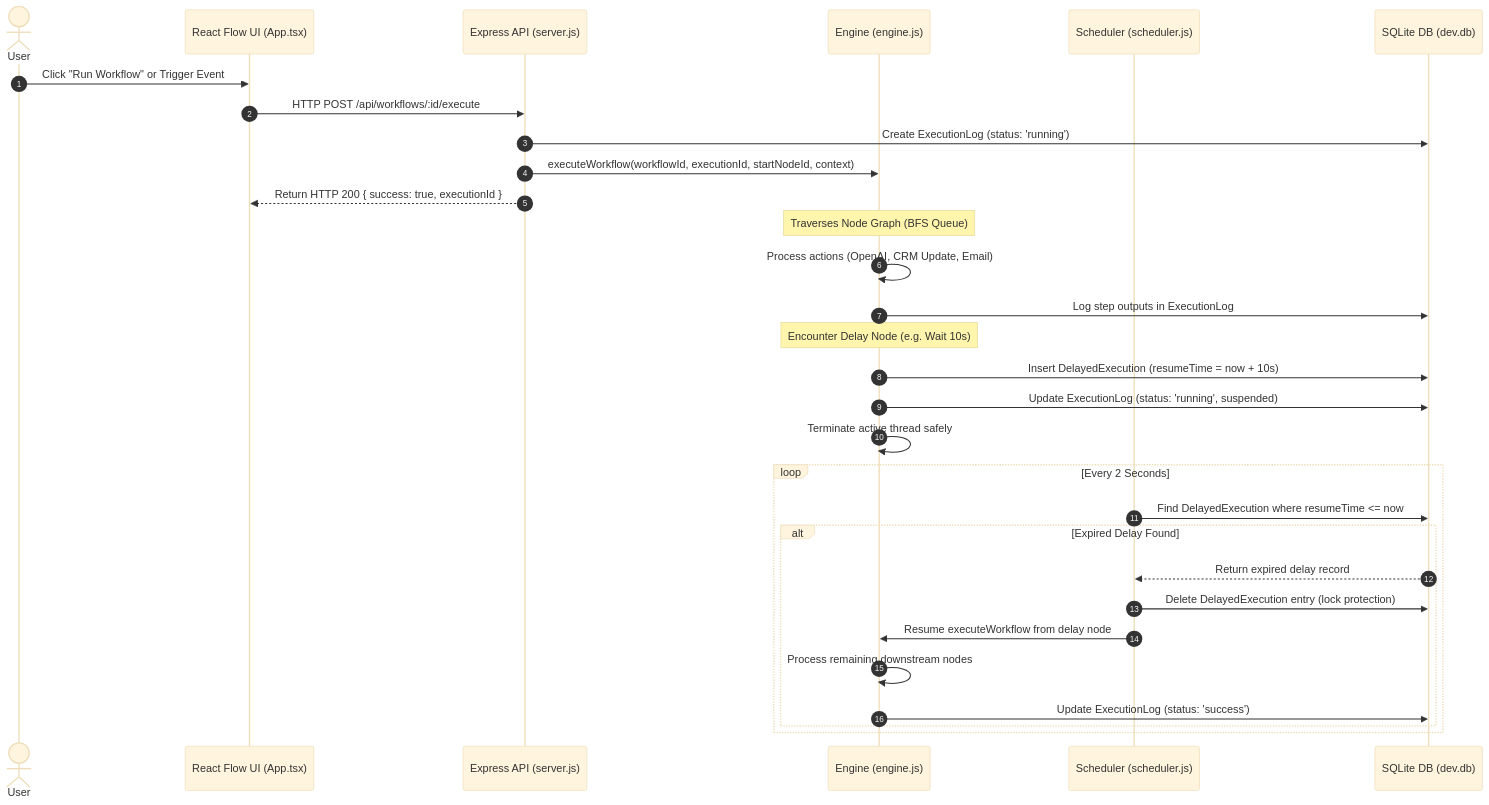
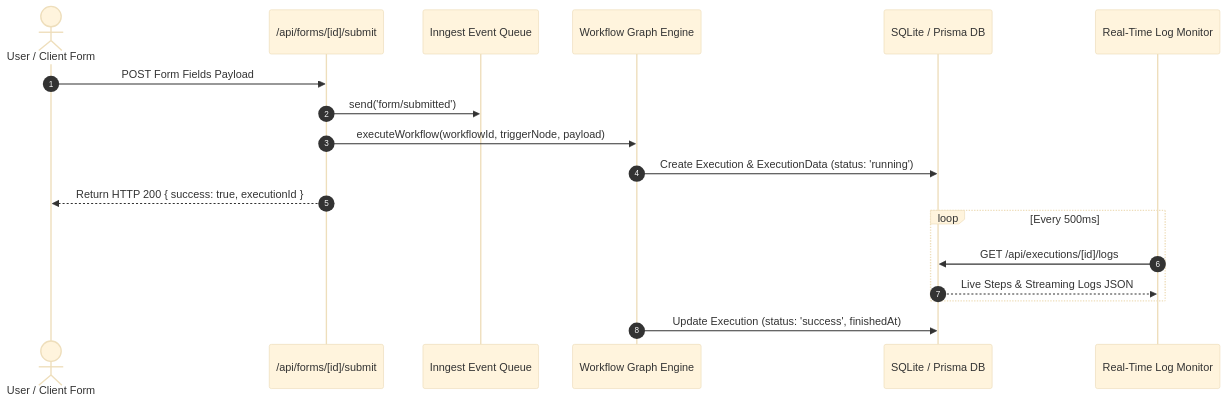
The second of 2 diagrams in ARCHITECTURE.md (AB-stack-cmd/automation-flow), drawn with Mermaid (base theme) before and after one commit. The commit also changed other lines of this file and 23 other files, not shown here.

Commit message:
feat: initialize homepage with Clerk authentication integration and workflow engine dashboard

````diff
--- a/ARCHITECTURE.md
+++ b/ARCHITECTURE.md
@@ -43,36 +46,23 @@
 ```mermaid
 sequenceDiagram
     autonumber
-    actor User
-    participant UI as React Flow UI (App.tsx)
-    participant API as Express API (server.js)
-    participant Engine as Engine (engine.js)
-    participant Scheduler as Scheduler (scheduler.js)
-    participant DB as SQLite DB (dev.db)
+    actor User as User / Client Form
+    participant Ingest as /api/forms/[id]/submit
+    participant Inngest as Inngest Event Queue
+    participant Engine as Workflow Graph Engine
+    participant DB as SQLite / Prisma DB
+    participant UI as Real-Time Log Monitor
 
-    User->>UI: Click "Run Workflow" or Trigger Event
-    UI->>API: HTTP POST /api/workflows/:id/execute
-    API->>DB: Create ExecutionLog (status: 'running')
-    API->>Engine: executeWorkflow(workflowId, executionId, startNodeId, context)
-    API-->>UI: Return HTTP 200 { success: true, executionId }
-    
-    Note over Engine: Traverses Node Graph (BFS Queue)
-    Engine->>Engine: Process actions (OpenAI, CRM Update, Email)
-    Engine->>DB: Log step outputs in ExecutionLog
+    User->>Ingest: POST Form Fields Payload
+    Ingest->>Inngest: send('form/submitted')
+    Ingest->>Engine: executeWorkflow(workflowId, triggerNode, payload)
+    Engine->>DB: Create Execution & ExecutionData (status: 'running')
+    Ingest-->>User: Return HTTP 200 { success: true, executionId }
 
-    Note over Engine: Encounter Delay Node (e.g. Wait 10s)
-    Engine->>DB: Insert DelayedExecution (resumeTime = now + 10s)
-    Engine->>DB: Update ExecutionLog (status: 'running', suspended)
-    Engine->>Engine: Terminate active thread safely
+    loop Every 500ms
+        UI->>DB: GET /api/executions/[id]/logs
+        DB-->>UI: Live Steps & Streaming Logs JSON
+    end
 
-    loop Every 2 Seconds
-        Scheduler->>DB: Find DelayedExecution where resumeTime <= now
-        alt Expired Delay Found
-            DB-->>Scheduler: Return expired delay record
-            Scheduler->>DB: Delete DelayedExecution entry (lock protection)
-            Scheduler->>Engine: Resume executeWorkflow from delay node
-            Engine->>Engine: Process remaining downstream nodes
-            Engine->>DB: Update ExecutionLog (status: 'success')
-        end
-    end
+    Engine->>DB: Update Execution (status: 'success', finishedAt)
 ```
````
